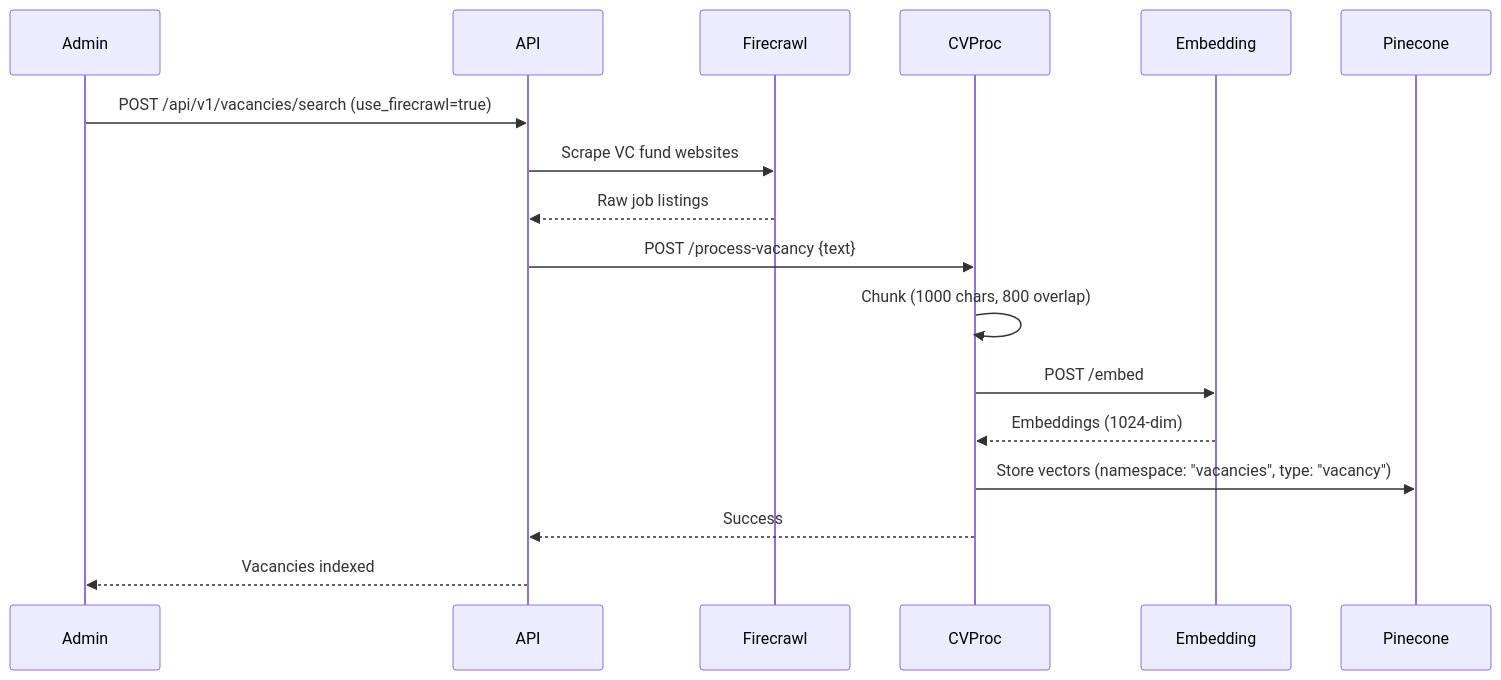
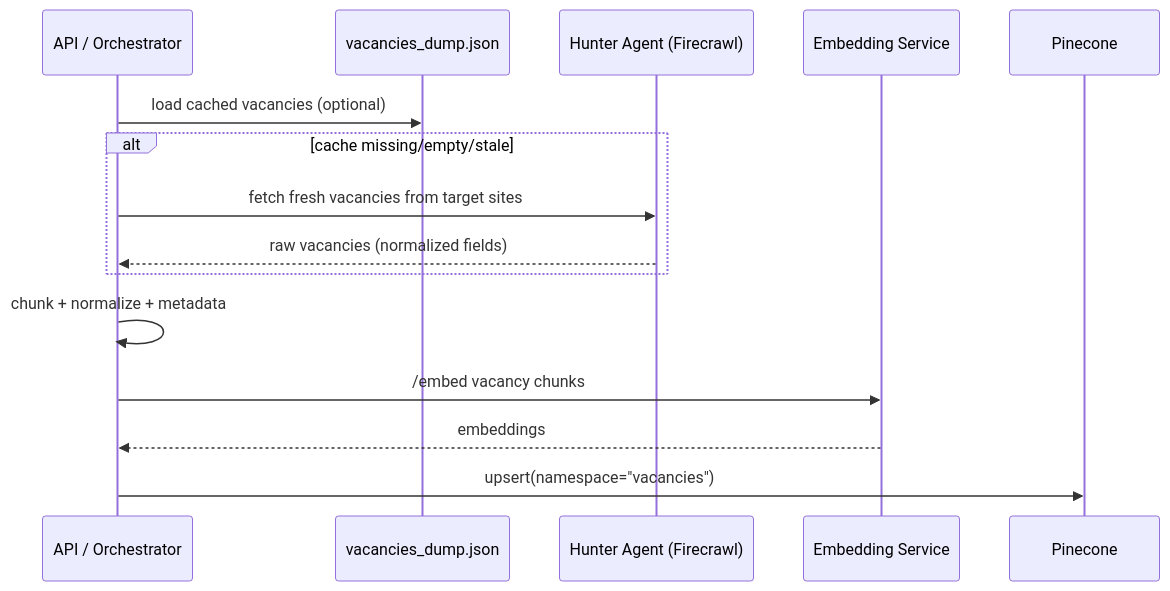
The third of 3 diagrams in docs/architecture.md (kkonst-bond-edu/funds-search), drawn with Mermaid before and after one commit. The commit also changed other lines of this file and 11 other files, not shown here.

````diff
--- a/docs/architecture.md
+++ b/docs/architecture.md
@@ -65,20 +105,18 @@
 ```mermaid
 sequenceDiagram
-    participant Admin
-    participant API
-    participant Firecrawl
-    participant CVProc
-    participant Embedding
-    participant Pinecone
-    
-    Admin->>API: POST /api/v1/vacancies/search (use_firecrawl=true)
-    API->>Firecrawl: Scrape VC fund websites
-    Firecrawl-->>API: Raw job listings
-    API->>CVProc: POST /process-vacancy {text}
-    CVProc->>CVProc: Chunk (1000 chars, 800 overlap)
-    CVProc->>Embedding: POST /embed
-    Embedding-->>CVProc: Embeddings (1024-dim)
-    CVProc->>Pinecone: Store vectors (namespace: "vacancies", type: "vacancy")
-    CVProc-->>API: Success
-    API-->>Admin: Vacancies indexed
+    participant API as API / Orchestrator
+    participant JSON as vacancies_dump.json
+    participant H as Hunter Agent (Firecrawl)
+    participant EMB as Embedding Service
+    participant PC as Pinecone
+
+    API->>JSON: load cached vacancies (optional)
+    alt cache missing/empty/stale
+        API->>H: fetch fresh vacancies from target sites
+        H-->>API: raw vacancies (normalized fields)
+    end
+    API->>API: chunk + normalize + metadata
+    API->>EMB: /embed vacancy chunks
+    EMB-->>API: embeddings
+    API->>PC: upsert(namespace="vacancies")
 ```
````
